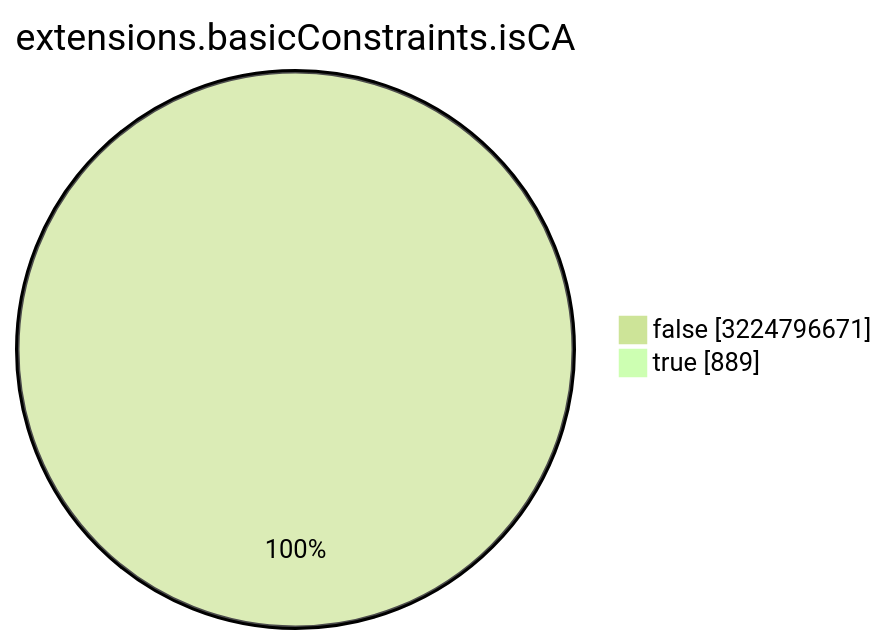
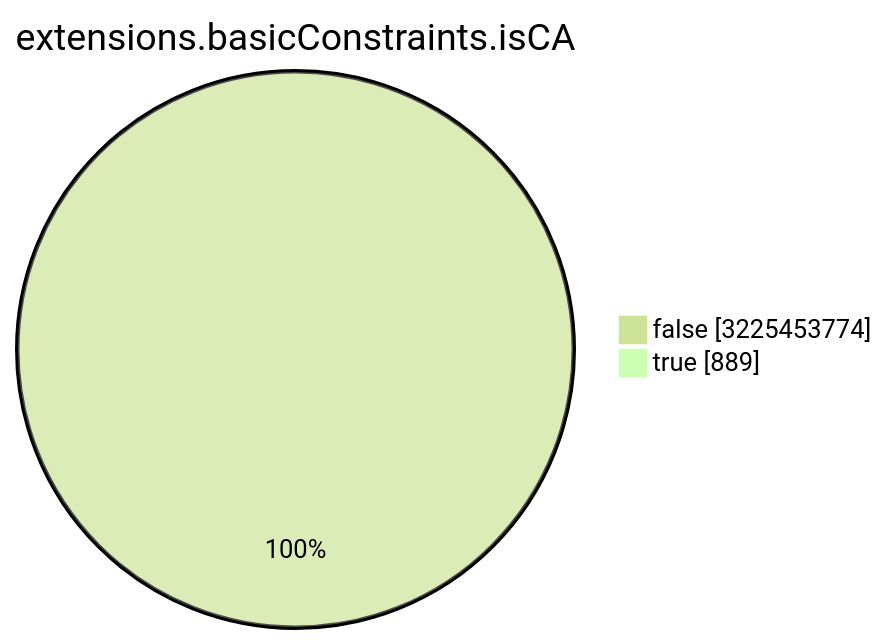
The seventh of 15 diagrams in TOTAL/README.md (christiankrug/ctmonitor_visualization), drawn with Mermaid (forest theme) before and after one commit. The commit also changed other lines of this file, not shown here.

````diff
--- a/TOTAL/README.md
+++ b/TOTAL/README.md
@@ -3088,6 +3088,6 @@
 ```mermaid
 pie showData
 title extensions.basicConstraints.isCA
-"false" :3224796671
+"false" :3225453774
 "true" :889
 ```
````
